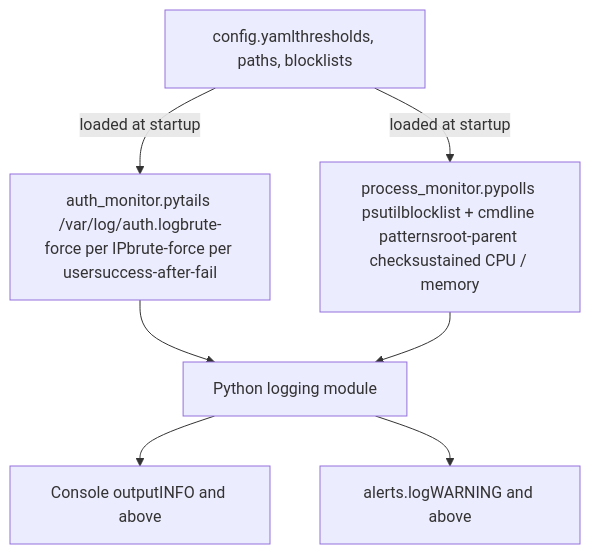
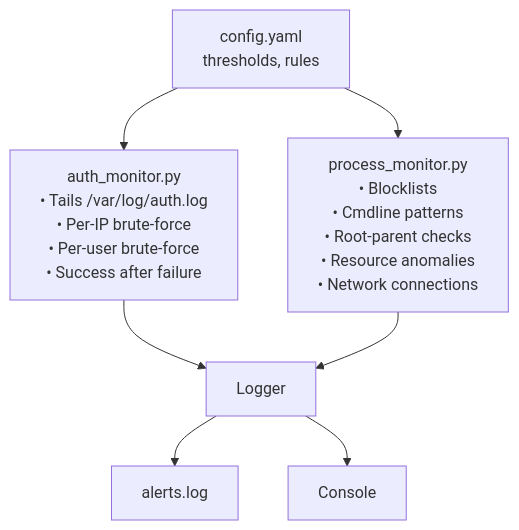
Before and after one commit to sydykbekova-n-auca-2022/infosec-final-project: the diagram in README.md, drawn with Mermaid. The commit also changed other lines of this file, not shown here.

````diff
--- a/README.md
+++ b/README.md
@@ -72,20 +45,16 @@
 ```mermaid
 flowchart TD
-    CFG[config.yamlthresholds, paths, blocklists]
-
-    AUTH[auth_monitor.pytails /var/log/auth.logbrute-force per IPbrute-force per usersuccess-after-fail]
-    PROC[process_monitor.pypolls psutilblocklist + cmdline patternsroot-parent checksustained CPU / memory]
-
-    LOG[Python logging module]
-    CON[Console outputINFO and above]
-    FILE[alerts.logWARNING and above]
-
-    CFG -->|loaded at startup| AUTH
-    CFG -->|loaded at startup| PROC
-
+    CFG["config.yaml<br/>thresholds, rules"]
+    AUTH["auth_monitor.py<br/>• Tails /var/log/auth.log<br/>• Per-IP brute-force<br/>• Per-user brute-force<br/>• Success after failure"]
+    PROC["process_monitor.py<br/>• Blocklists<br/>• Cmdline patterns<br/>• Root-parent checks<br/>• Resource anomalies<br/>• Network connections"]
+    LOG["Logger"]
+    ALERT["alerts.log"]
+    CONSOLE["Console"]
+    
+    CFG --> AUTH
+    CFG --> PROC
     AUTH --> LOG
     PROC --> LOG
-
-    LOG --> CON
-    LOG --> FILE
+    LOG --> ALERT
+    LOG --> CONSOLE
 ```
````
